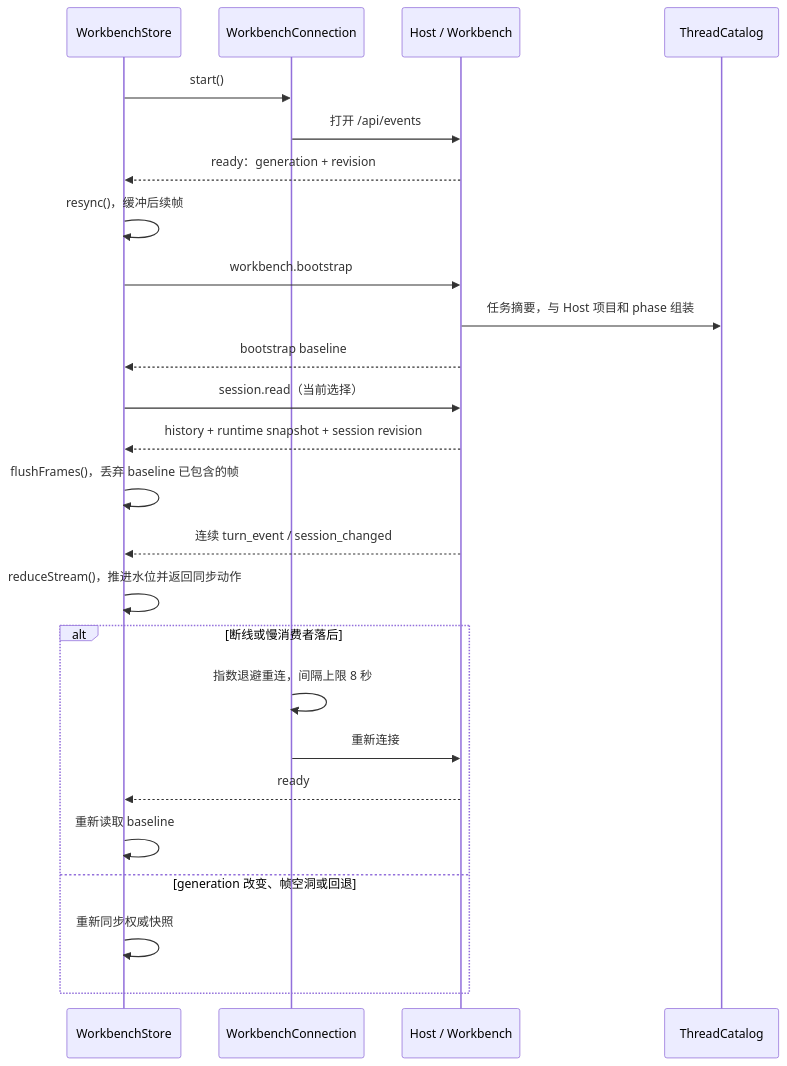
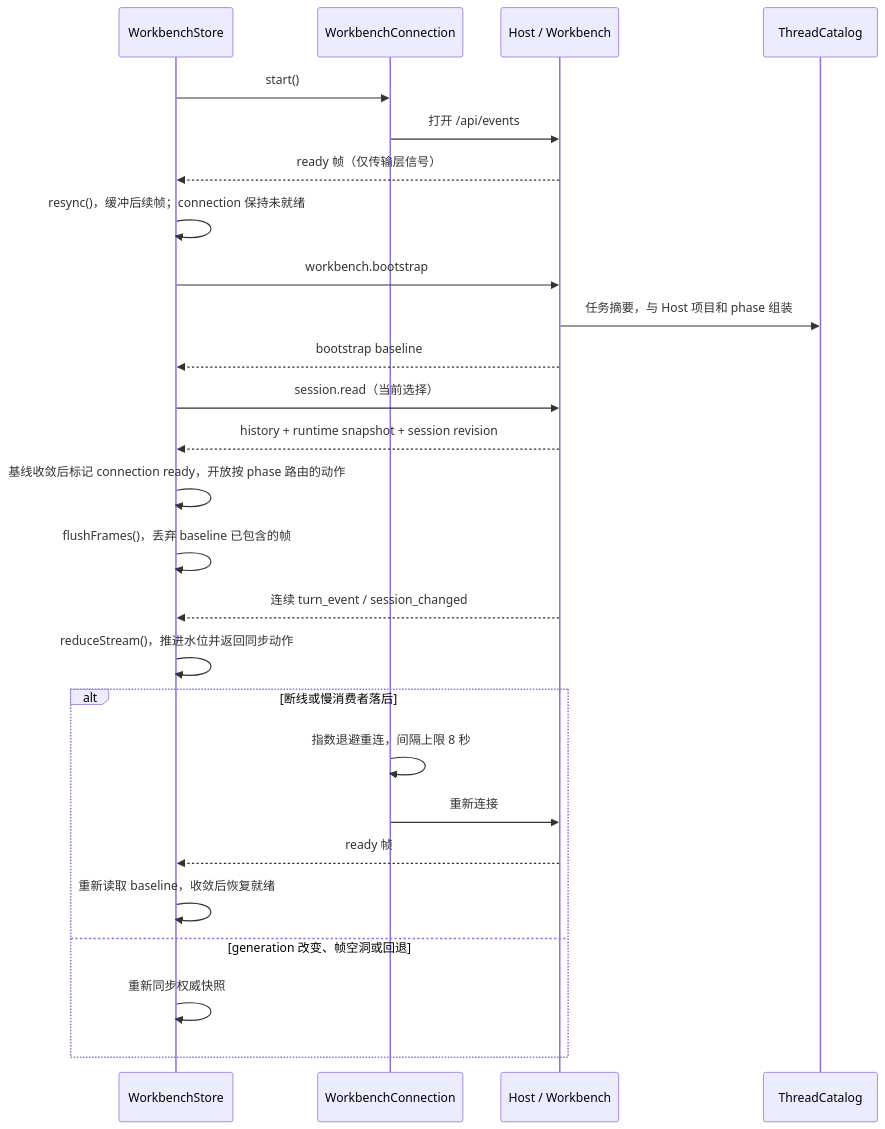
One commit to qjcnmd/singularity-agent changed the tenth of 29 diagrams in docs/singularity.md. Above: the diagram before and after it, drawn with Mermaid. The commit also changed other lines of this file and 27 other files, not shown here.

````diff
--- a/docs/singularity.md
+++ b/docs/singularity.md
@@ -267,27 +267,28 @@
 ```mermaid
 sequenceDiagram
     participant View as WorkbenchStore
     participant Conn as WorkbenchConnection
     participant Host as Host / Workbench
     participant Catalog as ThreadCatalog
     View->>Conn: start()
     Conn->>Host: 打开 /api/events
-    Host-->>View: ready：generation + revision
-    View->>View: resync()，缓冲后续帧
+    Host-->>View: ready 帧（仅传输层信号）
+    View->>View: resync()，缓冲后续帧；connection 保持未就绪
     View->>Host: workbench.bootstrap
     Host->>Catalog: 任务摘要，与 Host 项目和 phase 组装
     Host-->>View: bootstrap baseline
     View->>Host: session.read（当前选择）
     Host-->>View: history + runtime snapshot + session revision
+    View->>View: 基线收敛后标记 connection ready，开放按 phase 路由的动作
     View->>View: flushFrames()，丢弃 baseline 已包含的帧
     Host-->>View: 连续 turn_event / session_changed
     View->>View: reduceStream()，推进水位并返回同步动作
     alt 断线或慢消费者落后
         Conn->>Conn: 指数退避重连，间隔上限 8 秒
         Conn->>Host: 重新连接
-        Host-->>View: ready
-        View->>View: 重新读取 baseline
+        Host-->>View: ready 帧
+        View->>View: 重新读取 baseline，收敛后恢复就绪
     else generation 改变、帧空洞或回退
         View->>View: 重新同步权威快照
     end
 ```
````
